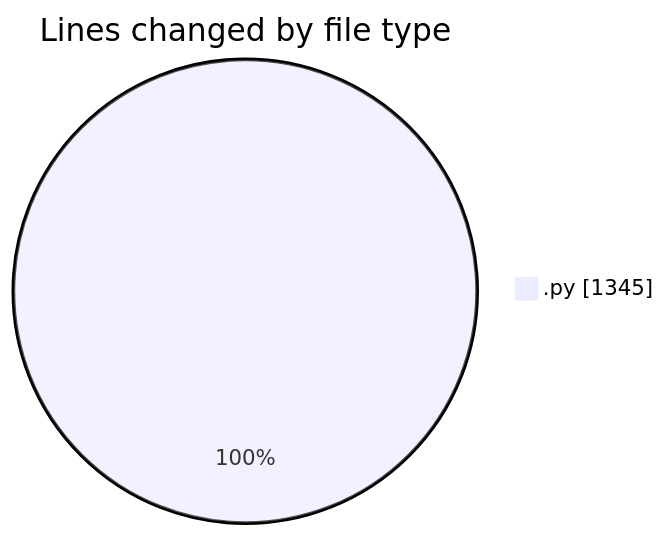
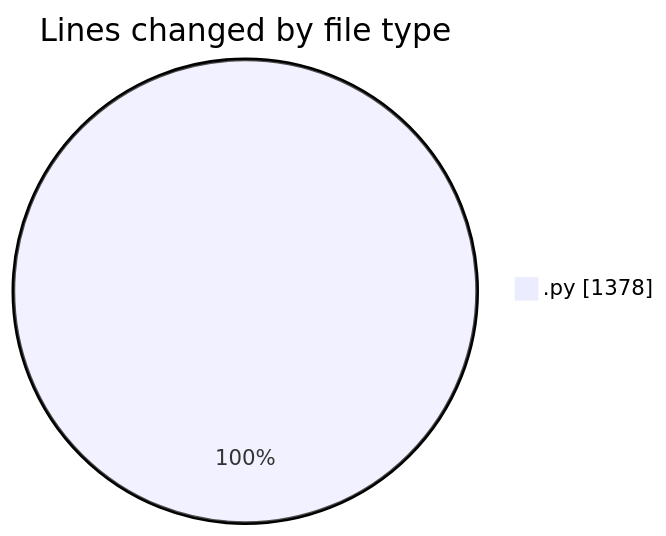
One commit to julien-gomy/code-tracking changed the first of 2 diagrams in 2025-10-29/eventscop-api-guide__workspace_/README.md. Above: the diagram before and after it, drawn with Mermaid. The commit also changed other lines of this file and 1 other file, not shown here.

````diff
--- a/2025-10-29/eventscop-api-guide__workspace_/README.md
+++ b/2025-10-29/eventscop-api-guide__workspace_/README.md
@@ -23,5 +24,5 @@
 ```mermaid
 pie showData
 title Lines changed by file type
-".py" : 1345
+".py" : 1378
 ```
````
